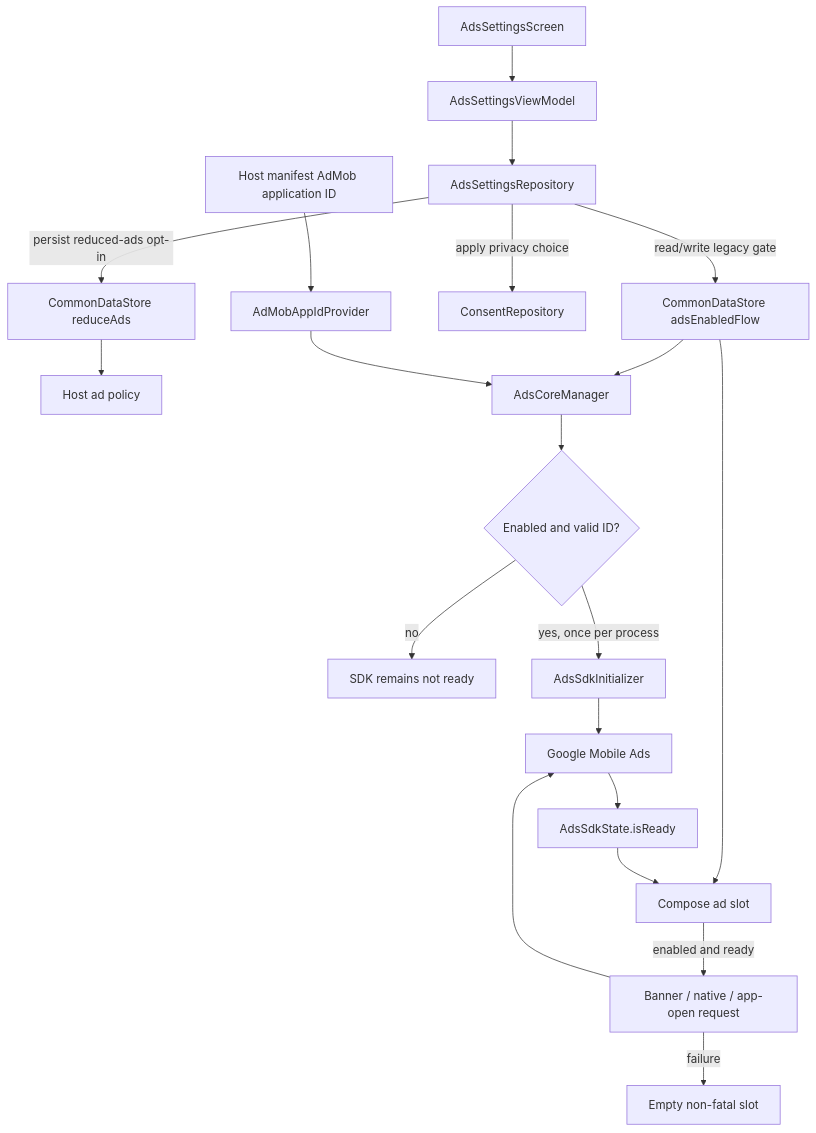
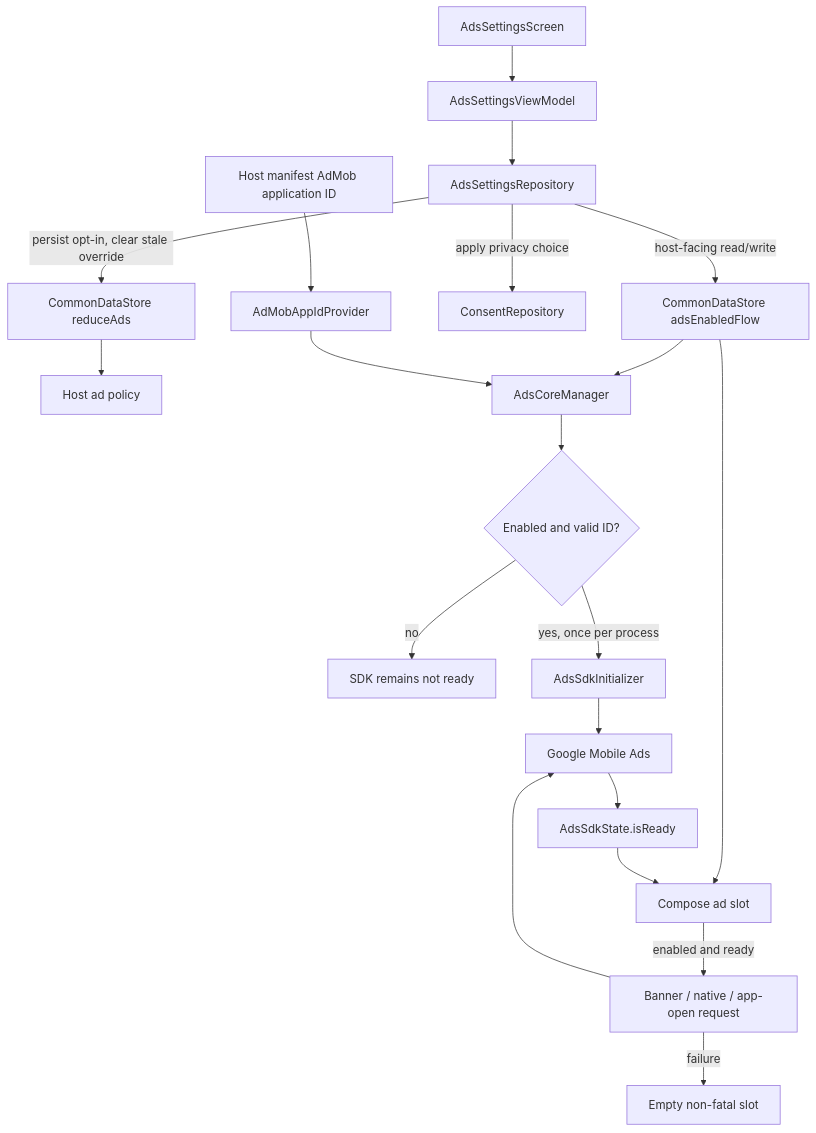
One commit to MihaiCristianCondrea/App-Toolkit-for-Android changed the diagram in library/integration/ads/README.md. Above: the diagram before and after it, drawn with Mermaid. The commit also changed other lines of this file and 38 other files, not shown here.

First line of the commit message:
Shorten the reduce-ads summary and take enablement off the ads screen

````diff
--- a/library/integration/ads/README.md
+++ b/library/integration/ads/README.md
@@ -37,22 +37,22 @@
 ```mermaid
 flowchart TD
     Settings[AdsSettingsScreen] --> VM[AdsSettingsViewModel]
     VM --> Repo[AdsSettingsRepository]
-    Repo -->|persist reduced-ads opt-in| Reduce[CommonDataStore reduceAds]
-    Repo -->|read/write legacy gate| Store[CommonDataStore adsEnabledFlow]
+    Repo -->|persist opt-in, clear stale override| Reduce[CommonDataStore reduceAds]
+    Repo -->|host-facing read/write| Store[CommonDataStore adsEnabledFlow]
     Repo -->|apply privacy choice| Consent[ConsentRepository]
     Reduce --> Policy[Host ad policy]
     Store --> Manager[AdsCoreManager]
     Manifest[Host manifest AdMob application ID] --> Id[AdMobAppIdProvider]
     Id --> Manager
     Manager --> Gate{Enabled and valid ID?}
     Gate -->|no| Disabled[SDK remains not ready]
     Gate -->|yes, once per process| Initializer[AdsSdkInitializer]
     Initializer --> SDK[Google Mobile Ads]
     SDK --> Ready[AdsSdkState.isReady]
     Store --> Slot[Compose ad slot]
     Ready --> Slot
     Slot -->|enabled and ready| Request[Banner / native / app-open request]
     Request --> SDK
     Request -->|failure| Empty[Empty non-fatal slot]
 ```
````
